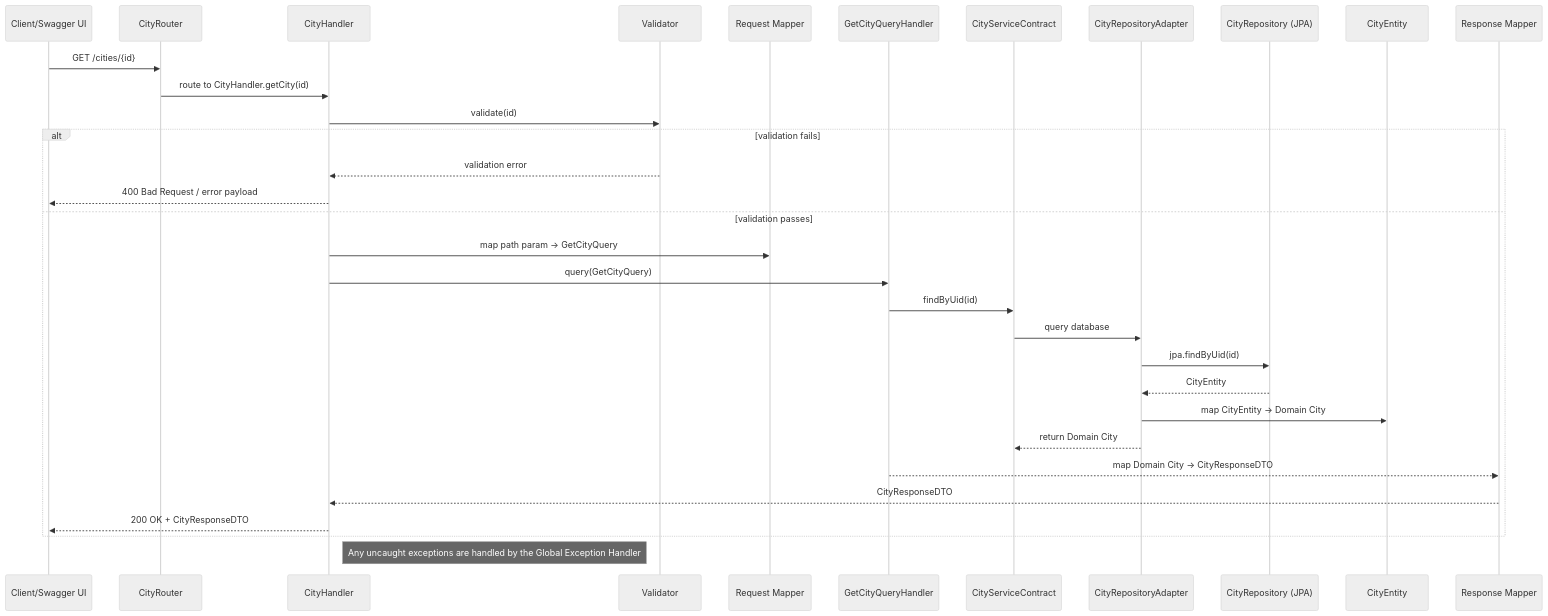
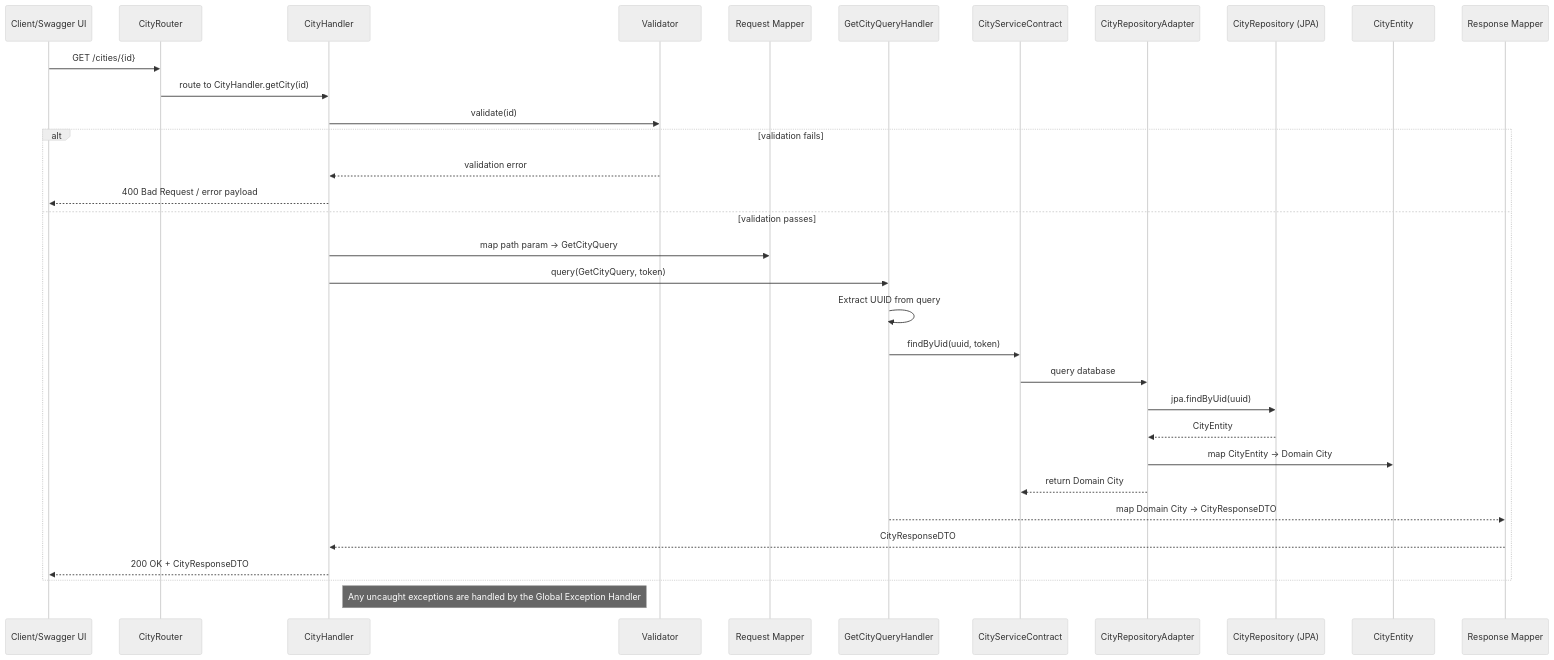
One commit to rajib-reea/spring-hexagonal-pjt changed the third of 3 diagrams in Architecture.md. Above: the diagram before and after it, drawn with Mermaid (neutral theme).

Commit message:
Fix sequence diagram to show explicit UUID extraction step

````diff
--- a/Architecture.md
+++ b/Architecture.md
@@ -253,36 +253,37 @@
 ```mermaid
 sequenceDiagram
     participant Client as Client/Swagger UI
     participant Router as CityRouter
     participant Handler as CityHandler
     participant Validator as Validator
     participant ReqMapper as Request Mapper
     participant UseCase as GetCityQueryHandler
     participant Persistence as CityServiceContract
     participant Adapter as CityRepositoryAdapter
     participant Repo as CityRepository (JPA)
     participant Entity as CityEntity
     participant ResMapper as Response Mapper
 
     Client->>Router: GET /cities/{id}
     Router->>Handler: route to CityHandler.getCity(id)
     Handler->>Validator: validate(id)
     alt validation fails
         Validator-->>Handler: validation error
         Handler-->>Client: 400 Bad Request / error payload
     else validation passes
         Handler->>ReqMapper: map path param -> GetCityQuery
-        Handler->>UseCase: query(GetCityQuery)
-        UseCase->>Persistence: findByUid(id)
+        Handler->>UseCase: query(GetCityQuery, token)
+        UseCase->>UseCase: Extract UUID from query
+        UseCase->>Persistence: findByUid(uuid, token)
         Persistence->>Adapter: query database
-        Adapter->>Repo: jpa.findByUid(id)
+        Adapter->>Repo: jpa.findByUid(uuid)
         Repo-->>Adapter: CityEntity
         Adapter->>Entity: map CityEntity -> Domain City
         Adapter-->>Persistence: return Domain City
         UseCase-->>ResMapper: map Domain City -> CityResponseDTO
         ResMapper-->>Handler: CityResponseDTO
         Handler-->>Client: 200 OK + CityResponseDTO
     end
 
     note right of Handler: Any uncaught exceptions are handled by the Global Exception Handler
 ```
````
